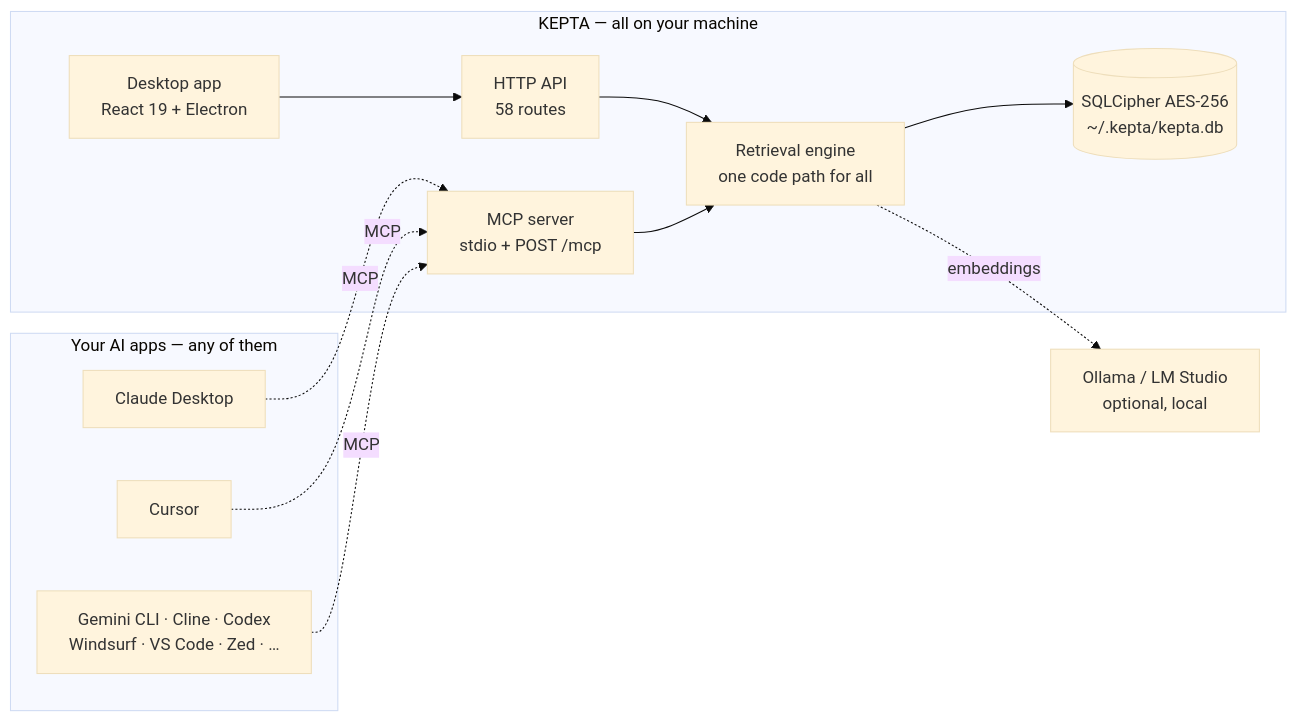
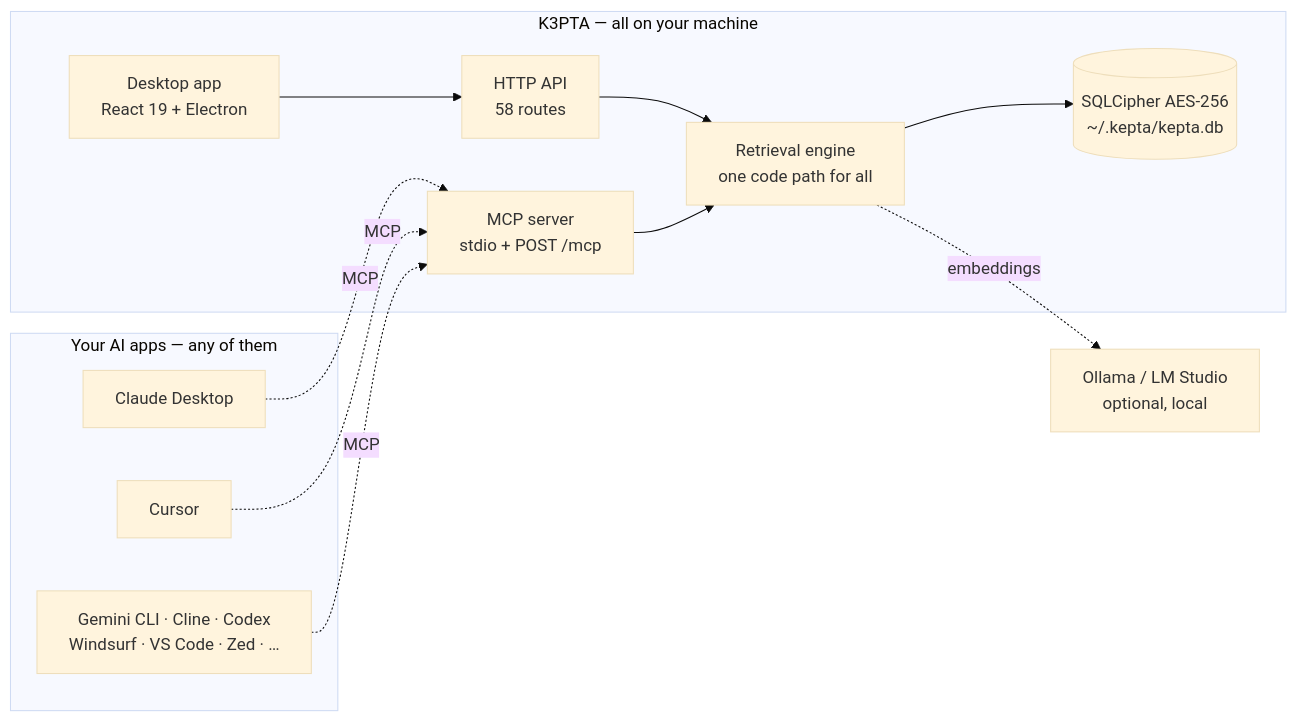
Before and after one commit to DamianTodorovic/kepta: the first of 2 diagrams in README.md, drawn with Mermaid (base theme). The commit also changed other lines of this file and 28 other files, not shown here.

````diff
--- a/README.md
+++ b/README.md
@@ -272,22 +272,22 @@
 ```mermaid
 flowchart LR
   subgraph Clients["Your AI apps — any of them"]
     CD["Claude Desktop"]
     CU["Cursor"]
     GM["Gemini CLI · Cline · Codex<br/>Windsurf · VS Code · Zed · …"]
   end
-  subgraph App["KEPTA — all on your machine"]
+  subgraph App["K3PTA — all on your machine"]
     UI["Desktop app<br/>React 19 + Electron"]
     SRV["HTTP API<br/>58 routes"]
     MCP["MCP server<br/>stdio + POST /mcp"]
     ENG["Retrieval engine<br/>one code path for all"]
     ST[("SQLCipher AES-256<br/>~/.kepta/kepta.db")]
   end
   OLL["Ollama / LM Studio<br/>optional, local"]
   CD & CU & GM -. MCP .-> MCP
   UI --> SRV
   SRV --> ENG
   MCP --> ENG
   ENG --> ST
   ENG -. embeddings .-> OLL
 ```
````
